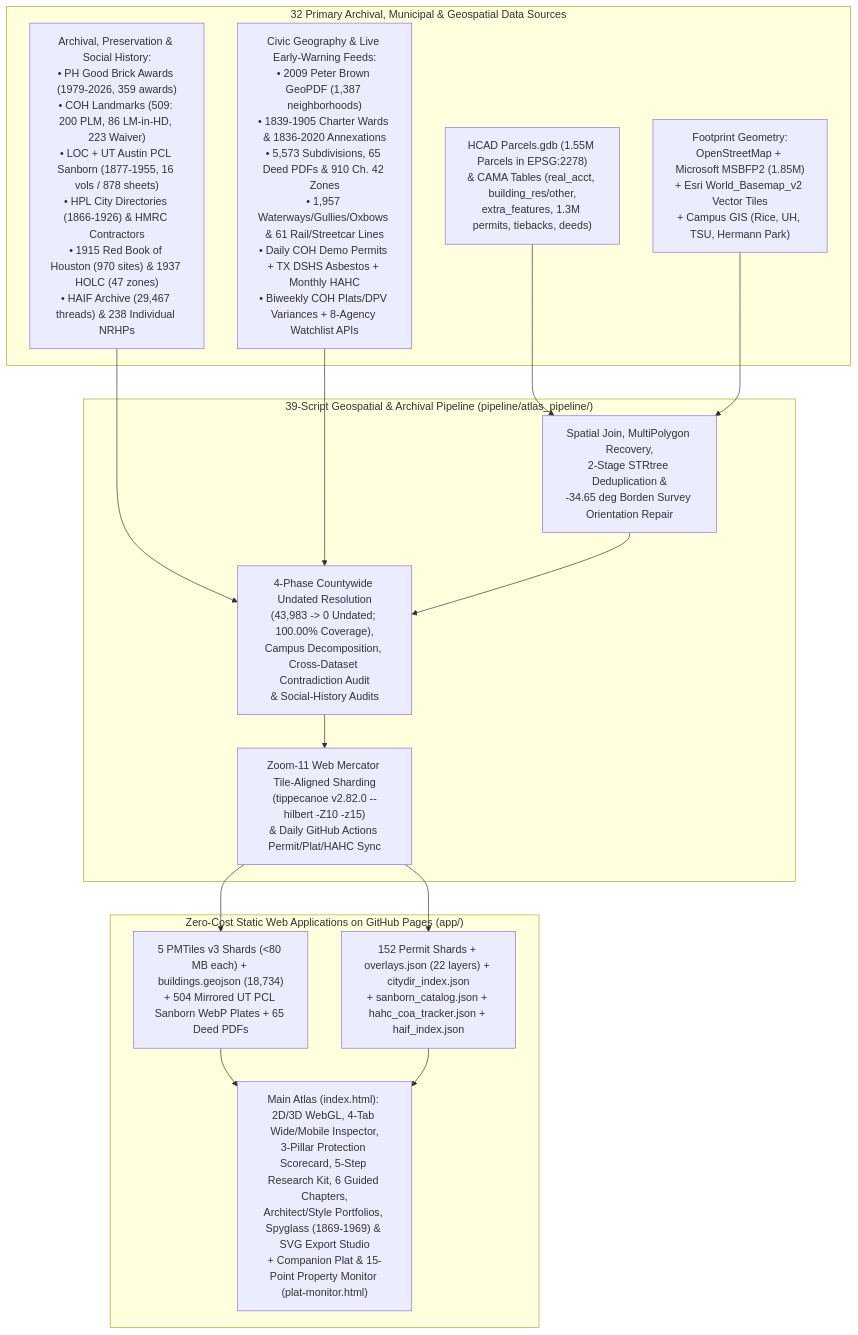
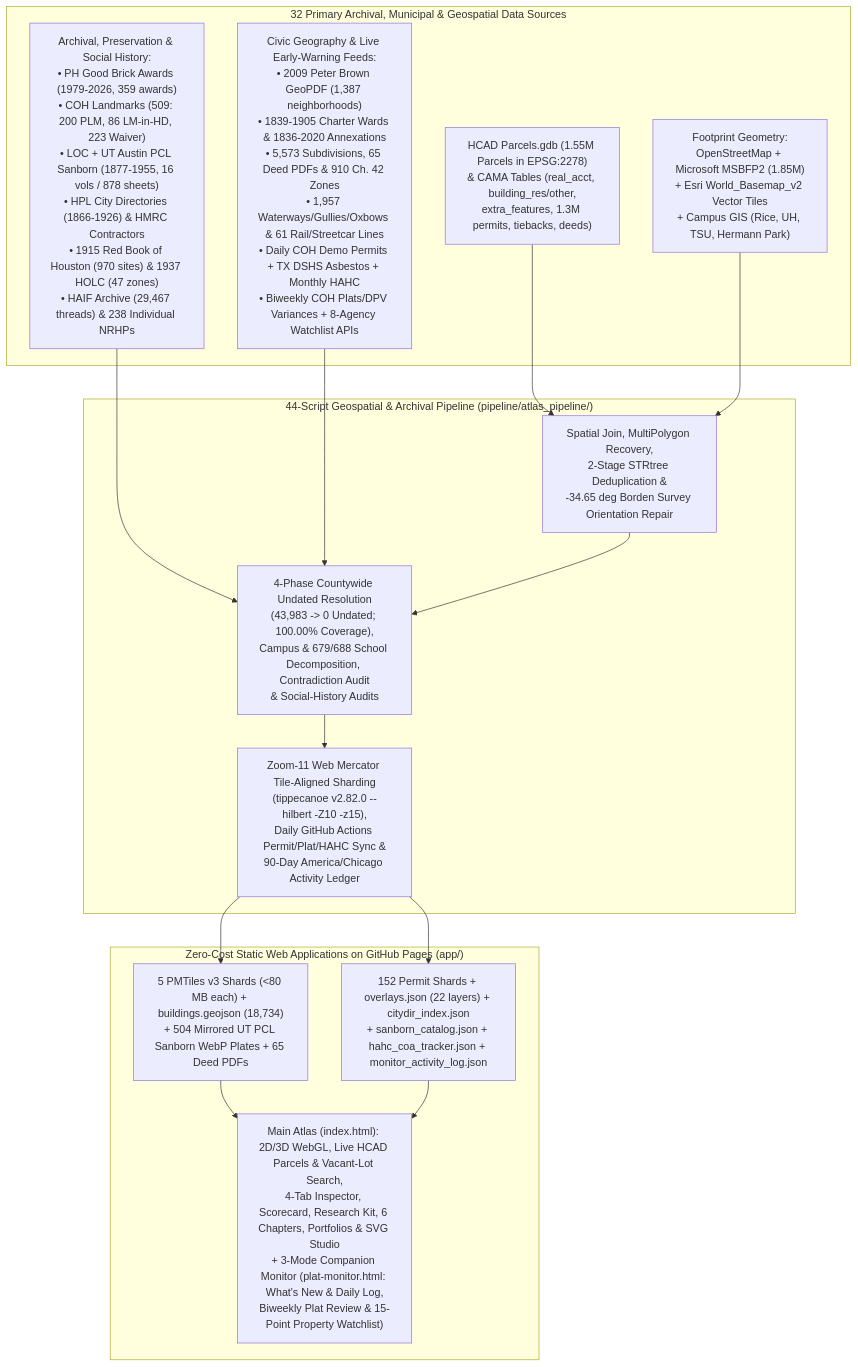
Before and after one commit to davemorris-gcp/houston-building-atlas: the diagram in README.md, drawn with Mermaid. The commit also changed other lines of this file and 6 other files, not shown here.

Commit message:
docs: document What's New & Daily Log, Emily Pass #2 workflows, and HCAD vacant-lot search

````diff
--- a/README.md
+++ b/README.md
@@ -19,26 +19,26 @@
 ```mermaid
 flowchart TD
     subgraph Sources["32 Primary Archival, Municipal & Geospatial Data Sources"]
         S1["HCAD Parcels.gdb (1.55M Parcels in EPSG:2278)\n& CAMA Tables (real_acct, building_res/other,\nextra_features, 1.3M permits, tiebacks, deeds)"]
         S2["Footprint Geometry:\nOpenStreetMap + Microsoft MSBFP2 (1.85M)\n+ Esri World_Basemap_v2 Vector Tiles\n+ Campus GIS (Rice, UH, TSU, Hermann Park)"]
         S3["Archival, Preservation & Social History:\n• PH Good Brick Awards (1979-2026, 359 awards)\n• COH Landmarks (509: 200 PLM, 86 LM-in-HD, 223 Waiver)\n• LOC + UT Austin PCL Sanborn (1877-1955, 16 vols / 878 sheets)\n• HPL City Directories (1866-1926) & HMRC Contractors\n• 1915 Red Book of Houston (970 sites) & 1937 HOLC (47 zones)\n• HAIF Archive (29,467 threads) & 238 Individual NRHPs"]
         S4["Civic Geography & Live Early-Warning Feeds:\n• 2009 Peter Brown GeoPDF (1,387 neighborhoods)\n• 1839-1905 Charter Wards & 1836-2020 Annexations\n• 5,573 Subdivisions, 65 Deed PDFs & 910 Ch. 42 Zones\n• 1,957 Waterways/Gullies/Oxbows & 61 Rail/Streetcar Lines\n• Daily COH Demo Permits + TX DSHS Asbestos + Monthly HAHC\n• Biweekly COH Plats/DPV Variances + 8-Agency Watchlist APIs"]
     end
 
-    subgraph Pipeline["39-Script Geospatial & Archival Pipeline (pipeline/atlas_pipeline/)"]
+    subgraph Pipeline["44-Script Geospatial & Archival Pipeline (pipeline/atlas_pipeline/)"]
         P1["Spatial Join, MultiPolygon Recovery,\n2-Stage STRtree Deduplication &\n-34.65 deg Borden Survey Orientation Repair"]
-        P2["4-Phase Countywide Undated Resolution\n(43,983 -> 0 Undated; 100.00% Coverage),\nCampus Decomposition, Cross-Dataset Contradiction Audit\n& Social-History Audits"]
-        P3["Zoom-11 Web Mercator Tile-Aligned Sharding\n(tippecanoe v2.82.0 --hilbert -Z10 -z15)\n& Daily GitHub Actions Permit/Plat/HAHC Sync"]
+        P2["4-Phase Countywide Undated Resolution\n(43,983 -> 0 Undated; 100.00% Coverage),\nCampus & 679/688 School Decomposition, Contradiction Audit\n& Social-History Audits"]
+        P3["Zoom-11 Web Mercator Tile-Aligned Sharding\n(tippecanoe v2.82.0 --hilbert -Z10 -z15),\nDaily GitHub Actions Permit/Plat/HAHC Sync &\n90-Day America/Chicago Activity Ledger"]
     end
 
     subgraph App["Zero-Cost Static Web Applications on GitHub Pages (app/)"]
         A1["5 PMTiles v3 Shards (<80 MB each) + buildings.geojson (18,734)\n+ 504 Mirrored UT PCL Sanborn WebP Plates + 65 Deed PDFs"]
-        A2["152 Permit Shards + overlays.json (22 layers) + citydir_index.json\n+ sanborn_catalog.json + hahc_coa_tracker.json + haif_index.json"]
-        A3["Main Atlas (index.html): 2D/3D WebGL, 4-Tab Wide/Mobile Inspector,\n3-Pillar Protection Scorecard, 5-Step Research Kit, 6 Guided Chapters,\nArchitect/Style Portfolios, Spyglass (1869-1969) & SVG Export Studio\n+ Companion Plat & 15-Point Property Monitor (plat-monitor.html)"]
+        A2["152 Permit Shards + overlays.json (22 layers) + citydir_index.json\n+ sanborn_catalog.json + hahc_coa_tracker.json + monitor_activity_log.json"]
+        A3["Main Atlas (index.html): 2D/3D WebGL, Live HCAD Parcels & Vacant-Lot Search,\n4-Tab Inspector, Scorecard, Research Kit, 6 Chapters, Portfolios & SVG Studio\n+ 3-Mode Companion Monitor (plat-monitor.html: What's New & Daily Log,\nBiweekly Plat Review & 15-Point Property Watchlist)"]
     end
 
     S1 & S2 --> P1
     S3 & S4 --> P2
     P1 --> P2 --> P3
     P3 --> A1 & A2 --> A3
 ```
````
